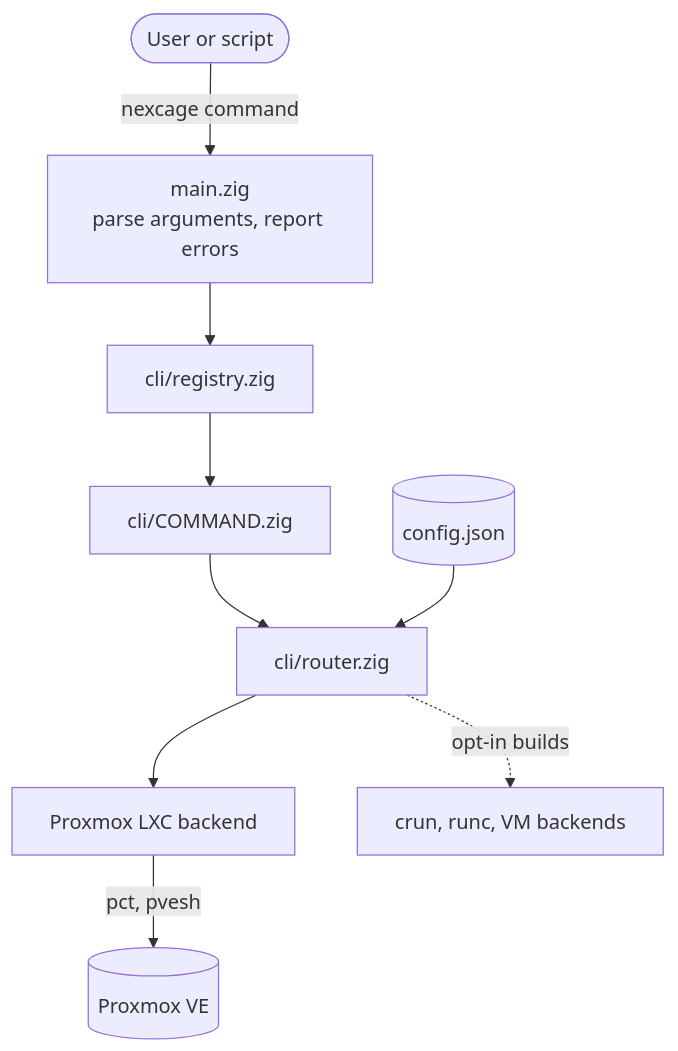
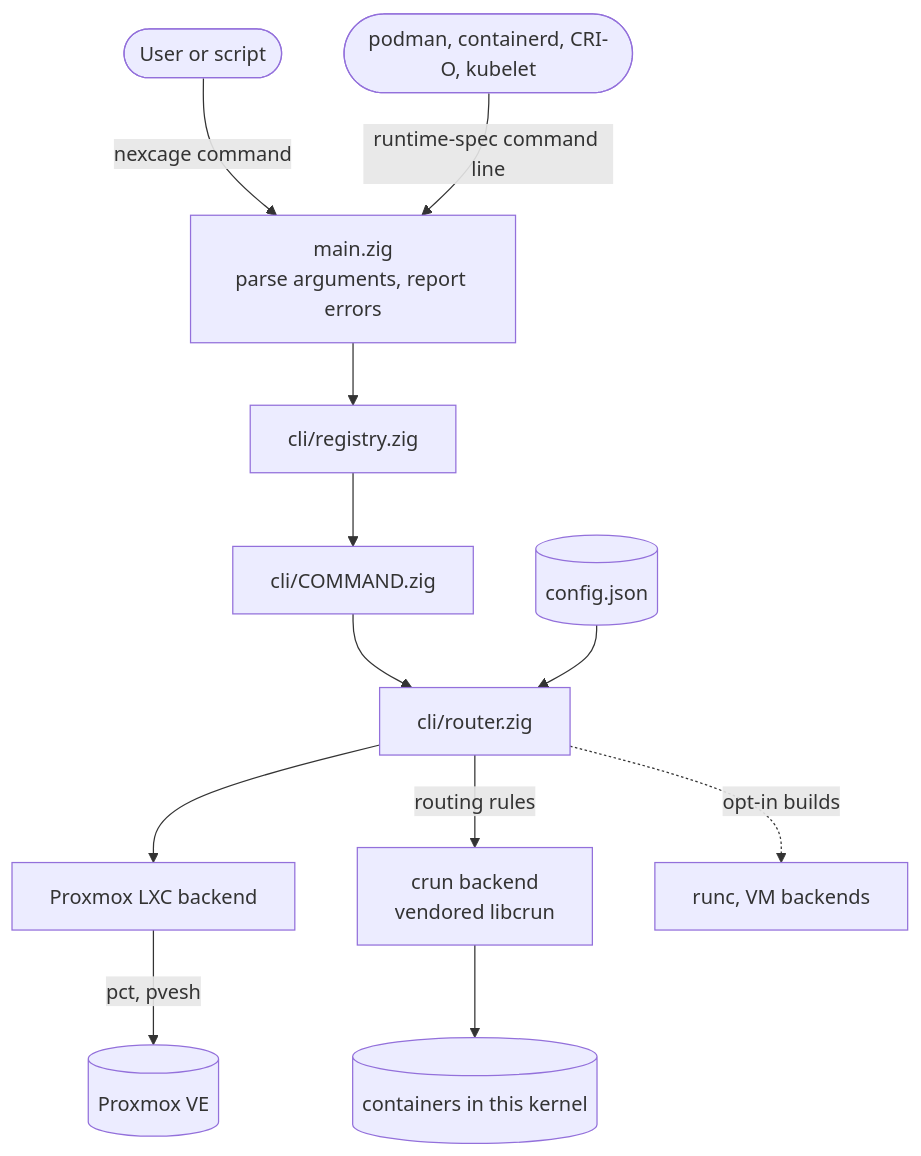
Before and after one commit to CageForge/nexcage: the first of 2 diagrams in docs/architecture/OVERVIEW.md, drawn with Mermaid. The commit also changed other lines of this file and 7 other files, not shown here.

````diff
--- a/docs/architecture/OVERVIEW.md
+++ b/docs/architecture/OVERVIEW.md
@@ -7,11 +16,14 @@
 ```mermaid
 flowchart TD
   user([User or script]) -->|nexcage command| main["main.zig<br/>parse arguments, report errors"]
+  engine([podman, containerd, CRI-O, kubelet]) -->|runtime-spec command line| main
   main --> registry["cli/registry.zig"]
   registry --> cmd["cli/COMMAND.zig"]
   cmd --> router["cli/router.zig"]
   cfg[("config.json")] --> router
   router --> lxc["Proxmox LXC backend"]
-  router -.->|opt-in builds| other["crun, runc, VM backends"]
+  router -->|routing rules| crun["crun backend<br/>vendored libcrun"]
+  crun --> kernel[("containers in this kernel")]
+  router -.->|opt-in builds| other["runc, VM backends"]
   lxc -->|pct, pvesh| pve[("Proxmox VE")]
 ```
````
